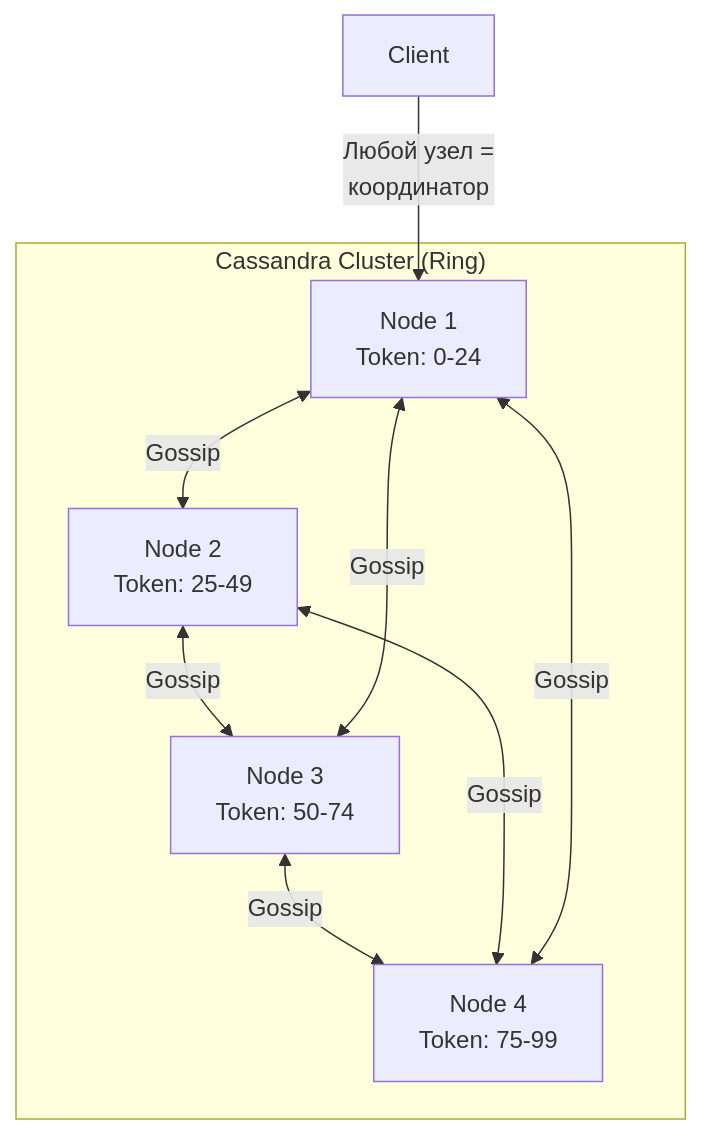
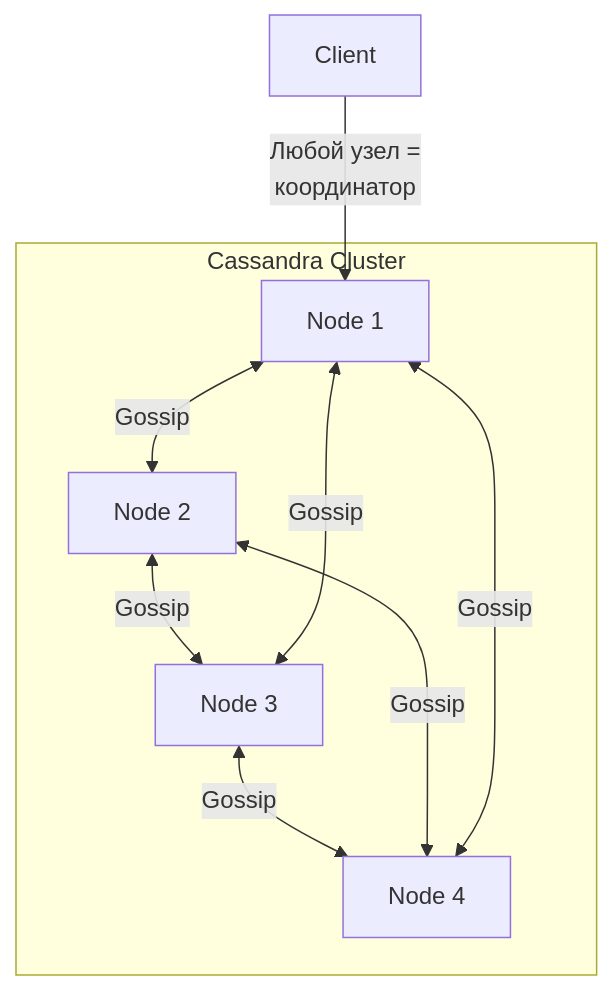
The first of 11 diagrams in cheatsheets/interview/databases/cassandra-interview.md (akeverus/cheat-sheet), drawn with Mermaid before and after one commit. The commit also changed other lines of this file, not shown here.

Commit message:
Correct Cassandra topology and token theory

````diff
--- a/cheatsheets/interview/databases/cassandra-interview.md
+++ b/cheatsheets/interview/databases/cassandra-interview.md
@@ -145,17 +131,17 @@
 ```mermaid
 graph TB
-    subgraph "Cassandra Cluster (Ring)"
-        N1[Node 1<br/>Token: 0-24]
-        N2[Node 2<br/>Token: 25-49]
-        N3[Node 3<br/>Token: 50-74]
-        N4[Node 4<br/>Token: 75-99]
+    subgraph "Cassandra Cluster"
+        N1[Node 1]
+        N2[Node 2]
+        N3[Node 3]
+        N4[Node 4]
     end
 
     C[Client] -->|"Любой узел =<br/>координатор"| N1
     N1 <-->|Gossip| N2
     N2 <-->|Gossip| N3
     N3 <-->|Gossip| N4
     N4 <-->|Gossip| N1
     N1 <-->|Gossip| N3
     N2 <-->|Gossip| N4
 ```
````
